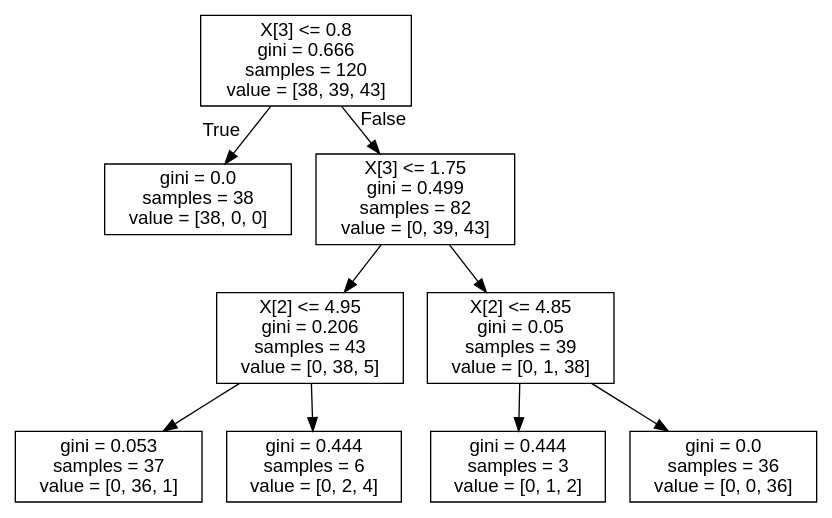
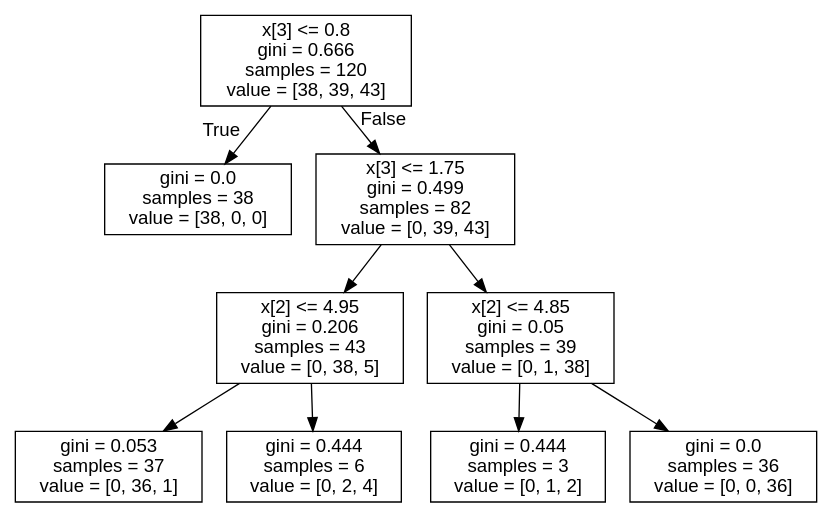
The diagram in 05_ScikitLearning/03_Output/tree.dot (DinoDinner/04_Python), drawn with Graphviz before and after one commit.

```diff
--- a/05_ScikitLearning/03_Output/tree.dot
+++ b/05_ScikitLearning/03_Output/tree.dot
@@ -1,21 +1,21 @@
 digraph Tree {
 node [shape=box, fontname="helvetica"] ;
 edge [fontname="helvetica"] ;
-0 [label="X[3] <= 0.8\ngini = 0.666\nsamples = 120\nvalue = [38, 39, 43]"] ;
+0 [label="x[3] <= 0.8\ngini = 0.666\nsamples = 120\nvalue = [38, 39, 43]"] ;
 1 [label="gini = 0.0\nsamples = 38\nvalue = [38, 0, 0]"] ;
 0 -> 1 [labeldistance=2.5, labelangle=45, headlabel="True"] ;
-2 [label="X[3] <= 1.75\ngini = 0.499\nsamples = 82\nvalue = [0, 39, 43]"] ;
+2 [label="x[3] <= 1.75\ngini = 0.499\nsamples = 82\nvalue = [0, 39, 43]"] ;
 0 -> 2 [labeldistance=2.5, labelangle=-45, headlabel="False"] ;
-3 [label="X[2] <= 4.95\ngini = 0.206\nsamples = 43\nvalue = [0, 38, 5]"] ;
+3 [label="x[2] <= 4.95\ngini = 0.206\nsamples = 43\nvalue = [0, 38, 5]"] ;
 2 -> 3 ;
 4 [label="gini = 0.053\nsamples = 37\nvalue = [0, 36, 1]"] ;
 3 -> 4 ;
 5 [label="gini = 0.444\nsamples = 6\nvalue = [0, 2, 4]"] ;
 3 -> 5 ;
-6 [label="X[2] <= 4.85\ngini = 0.05\nsamples = 39\nvalue = [0, 1, 38]"] ;
+6 [label="x[2] <= 4.85\ngini = 0.05\nsamples = 39\nvalue = [0, 1, 38]"] ;
 2 -> 6 ;
 7 [label="gini = 0.444\nsamples = 3\nvalue = [0, 1, 2]"] ;
 6 -> 7 ;
 8 [label="gini = 0.0\nsamples = 36\nvalue = [0, 0, 36]"] ;
 6 -> 8 ;
 }
```
